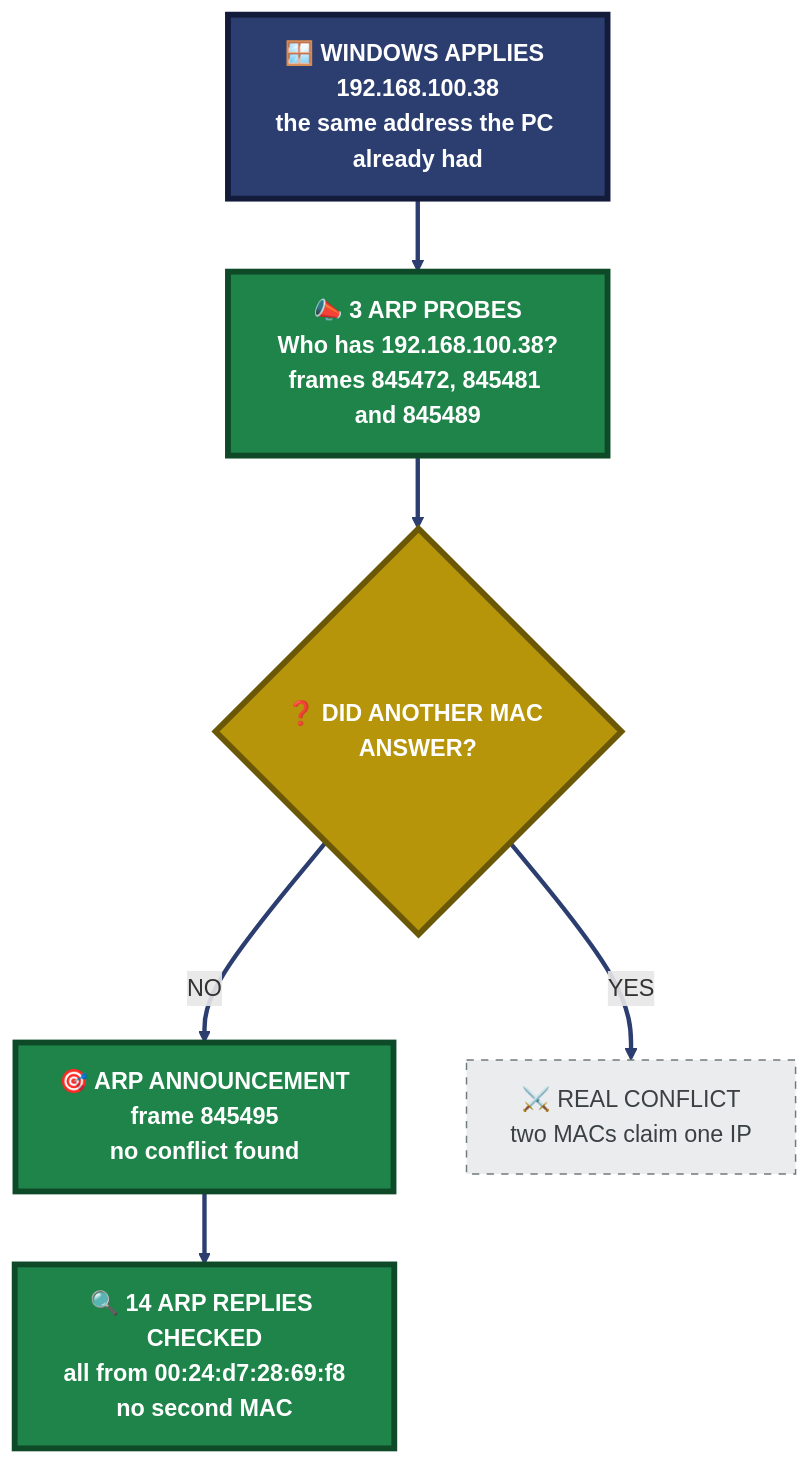
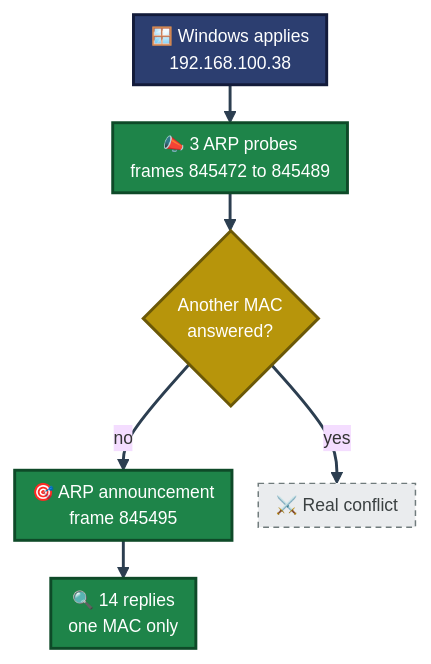
One commit to malaika-azhar/Real-World-Tier2-Support-Projects changed the fifth of 7 diagrams in project-3-wireshark-packet-capture-case-studies/README.md. Above: the diagram before and after it, drawn with Mermaid. The commit also changed other lines of this file, not shown here.

````diff
--- a/project-3-wireshark-packet-capture-case-studies/README.md
+++ b/project-3-wireshark-packet-capture-case-studies/README.md
@@ -513,14 +511,14 @@
 ```mermaid
+%%{init: {'theme': 'base', 'themeVariables': {'fontSize': '12px'}, 'flowchart': {'nodeSpacing': 18, 'rankSpacing': 26, 'padding': 6}}}%%
 flowchart TB
-    W["🪟 WINDOWS APPLIES 192.168.100.38<br/>the same address the PC already had"]:::start --> P["📣 3 ARP PROBES<br/>Who has 192.168.100.38?<br/>frames 845472, 845481 and 845489"]:::seen
-    P --> Q{"❓ DID ANOTHER MAC ANSWER?"}:::q
-    Q -->|NO| A["🎯 ARP ANNOUNCEMENT<br/>frame 845495<br/>no conflict found"]:::seen
-    Q -->|YES| C["⚔️ REAL CONFLICT<br/>two MACs claim one IP"]:::unseen
-    A --> V["🔍 14 ARP REPLIES CHECKED<br/>all from 00:24:d7:28:69:f8<br/>no second MAC"]:::seen
-
-    classDef start fill:#2C3E70,stroke:#131B3A,stroke-width:4px,color:#FFFFFF,font-weight:bold
-    classDef q fill:#B7950B,stroke:#6B5807,stroke-width:4px,color:#FFFFFF,font-weight:bold
-    classDef seen fill:#1E8449,stroke:#0E4A28,stroke-width:4px,color:#FFFFFF,font-weight:bold
-    classDef unseen fill:#EAECEE,stroke:#707B7C,color:#3B4142,stroke-dasharray: 5 5
-    linkStyle default stroke:#2C3E70,stroke-width:3px
+    W["🪟 Windows applies<br/>192.168.100.38"]:::start --> P["📣 3 ARP probes<br/>frames 845472 to 845489"]:::seen
+    P --> Q{"Another MAC<br/>answered?"}:::q
+    Q -->|no| A["🎯 ARP announcement<br/>frame 845495"]:::seen
+    Q -->|yes| C["⚔️ Real conflict"]:::unseen
+    A --> V["🔍 14 replies<br/>one MAC only"]:::seen
+    classDef start fill:#2C3E70,stroke:#131B3A,stroke-width:2px,color:#FFFFFF
+    classDef q fill:#B7950B,stroke:#6B5807,stroke-width:2px,color:#FFFFFF
+    classDef seen fill:#1E8449,stroke:#0E4A28,stroke-width:2px,color:#FFFFFF
+    classDef unseen fill:#EAECEE,stroke:#707B7C,color:#3B4142,stroke-dasharray: 4 3
+    linkStyle default stroke:#2C3E50,stroke-width:2px
 ```
````
